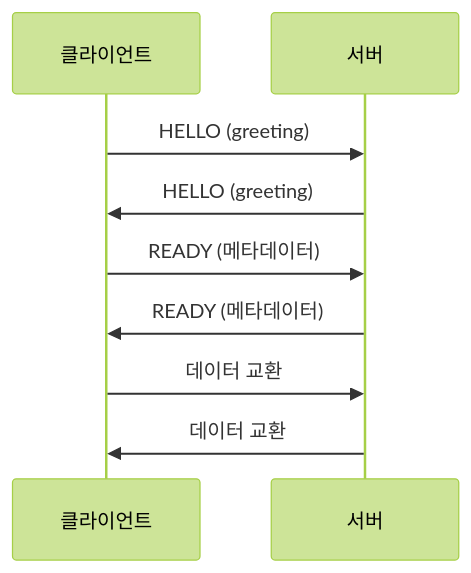
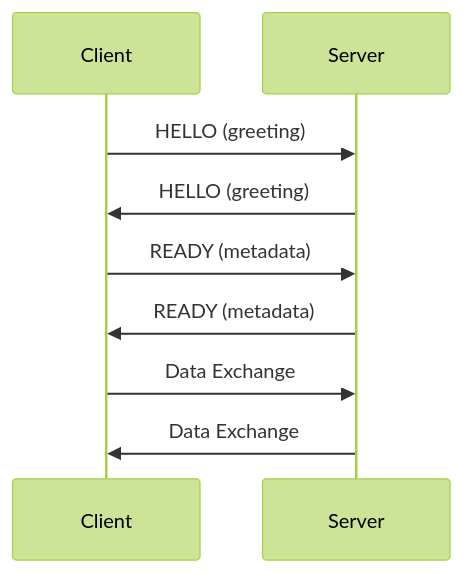
Before and after one commit to kairos-code-dev/zlink: the diagram in doc/internals/protocol-zmp.ko.md, drawn with Mermaid (forest theme). The commit also changed 53 other files, not shown here.

````diff
--- a/doc/internals/protocol-zmp.ko.md
+++ b/doc/internals/protocol-zmp.ko.md
@@ -52,12 +52,12 @@
 ```mermaid
 sequenceDiagram
-    participant C as 클라이언트
-    participant S as 서버
+    participant C as Client
+    participant S as Server
 
     C->>S: HELLO (greeting)
     S->>C: HELLO (greeting)
-    C->>S: READY (메타데이터)
-    S->>C: READY (메타데이터)
-    C->>S: 데이터 교환
-    S->>C: 데이터 교환
+    C->>S: READY (metadata)
+    S->>C: READY (metadata)
+    C->>S: Data Exchange
+    S->>C: Data Exchange
 ```
````
